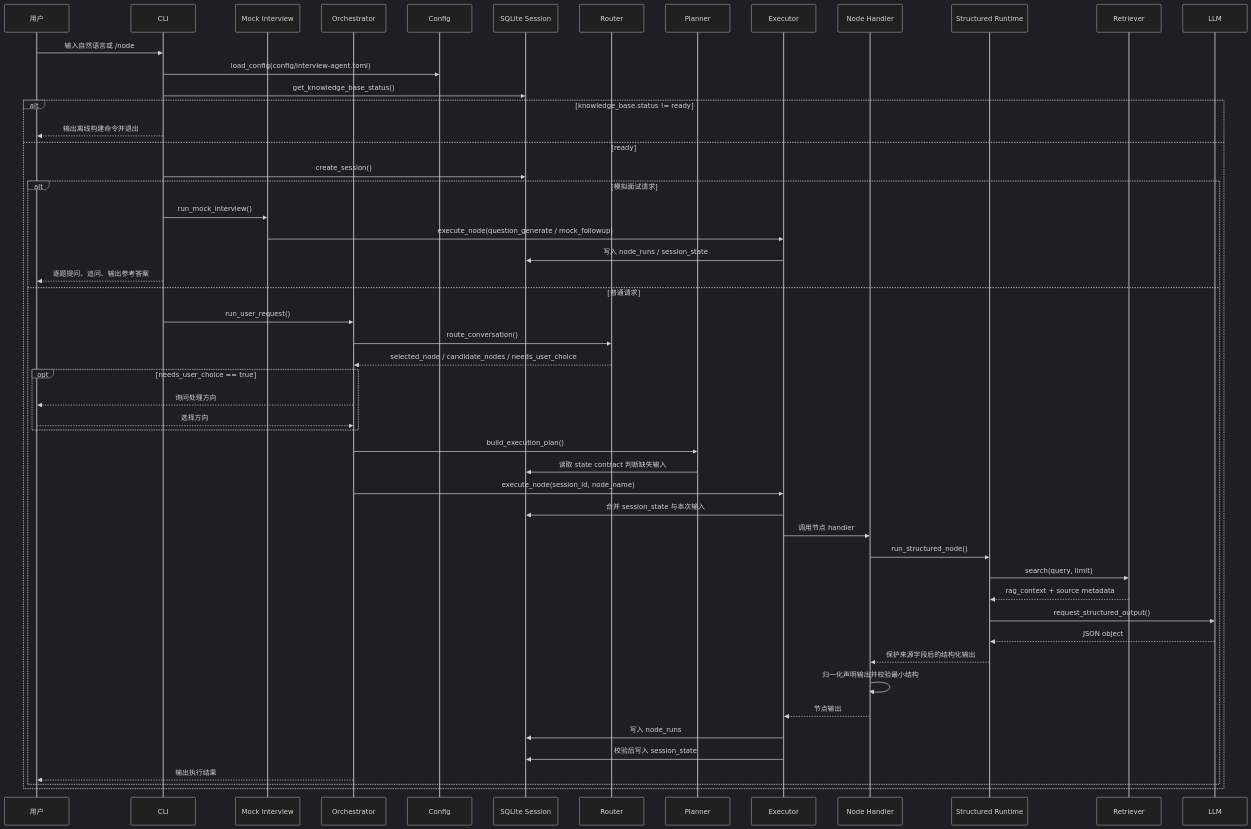
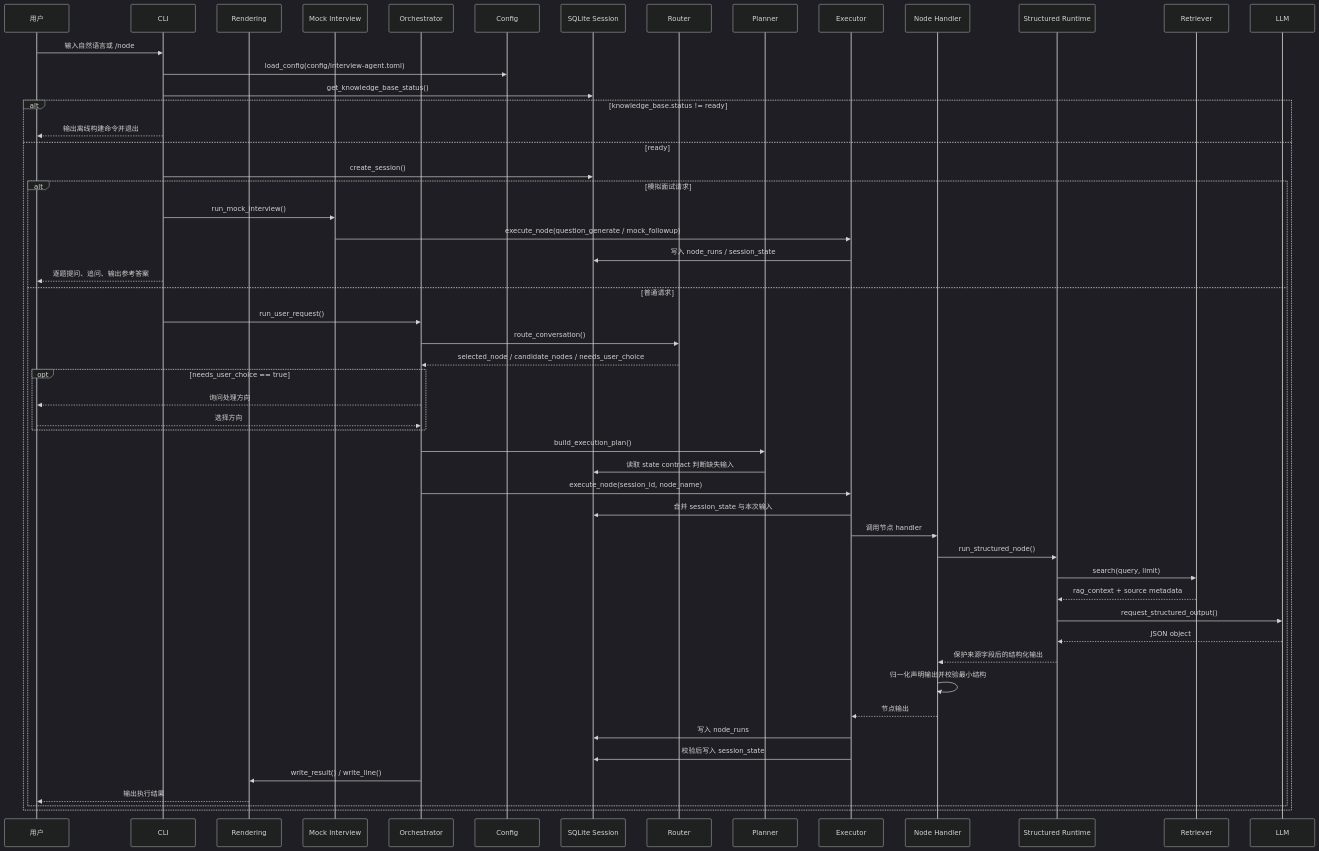
One commit to kaomianjin2/resume-agent changed the second of 4 diagrams in docs/architecture.md. Above: the diagram before and after it, drawn with Mermaid (dark theme). The commit also changed other lines of this file and 6 other files, not shown here.

````diff
--- a/docs/architecture.md
+++ b/docs/architecture.md
@@ -63,55 +67,57 @@
 ```mermaid
 sequenceDiagram
     participant U as 用户
     participant CLI as CLI
+    participant G as Rendering
     participant M as Mock Interview
     participant O as Orchestrator
     participant C as Config
     participant S as SQLite Session
     participant R as Router
     participant P as Planner
     participant E as Executor
     participant N as Node Handler
     participant A as Structured Runtime
     participant K as Retriever
     participant L as LLM
 
     U->>CLI: 输入自然语言或 /node
     CLI->>C: load_config(config/interview-agent.toml)
     CLI->>S: get_knowledge_base_status()
     alt knowledge_base.status != ready
         CLI-->>U: 输出离线构建命令并退出
     else ready
         CLI->>S: create_session()
         alt 模拟面试请求
             CLI->>M: run_mock_interview()
             M->>E: execute_node(question_generate / mock_followup)
             E->>S: 写入 node_runs / session_state
             CLI-->>U: 逐题提问、追问、输出参考答案
         else 普通请求
             CLI->>O: run_user_request()
             O->>R: route_conversation()
             R-->>O: selected_node / candidate_nodes / needs_user_choice
             opt needs_user_choice == true
                 O-->>U: 询问处理方向
                 U-->>O: 选择方向
             end
             O->>P: build_execution_plan()
             P->>S: 读取 state contract 判断缺失输入
             O->>E: execute_node(session_id, node_name)
             E->>S: 合并 session_state 与本次输入
             E->>N: 调用节点 handler
             N->>A: run_structured_node()
             A->>K: search(query, limit)
             K-->>A: rag_context + source metadata
             A->>L: request_structured_output()
             L-->>A: JSON object
             A-->>N: 保护来源字段后的结构化输出
             N->>N: 归一化声明输出并校验最小结构
             N-->>E: 节点输出
             E->>S: 写入 node_runs
             E->>S: 校验后写入 session_state
-            O-->>U: 输出执行结果
+            O->>G: write_result() / write_line()
+            G-->>U: 输出执行结果
         end
     end
 ```
````
